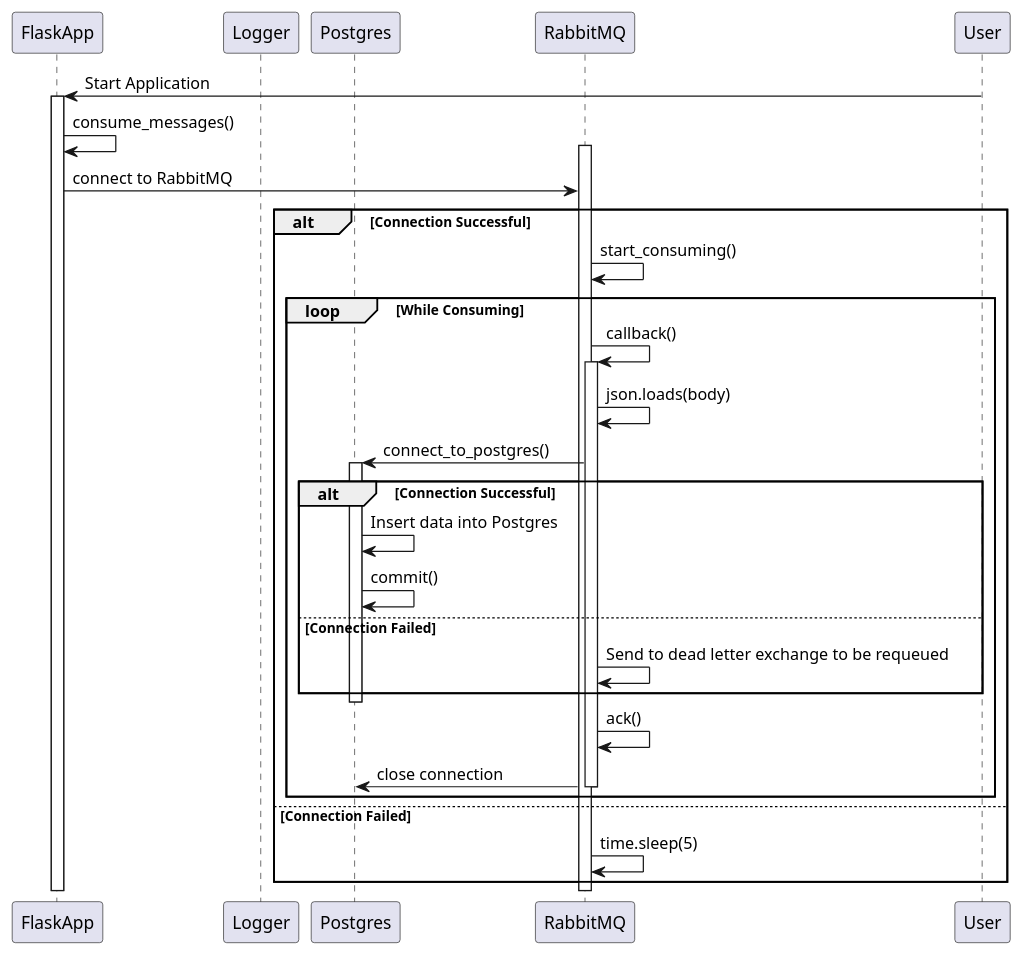
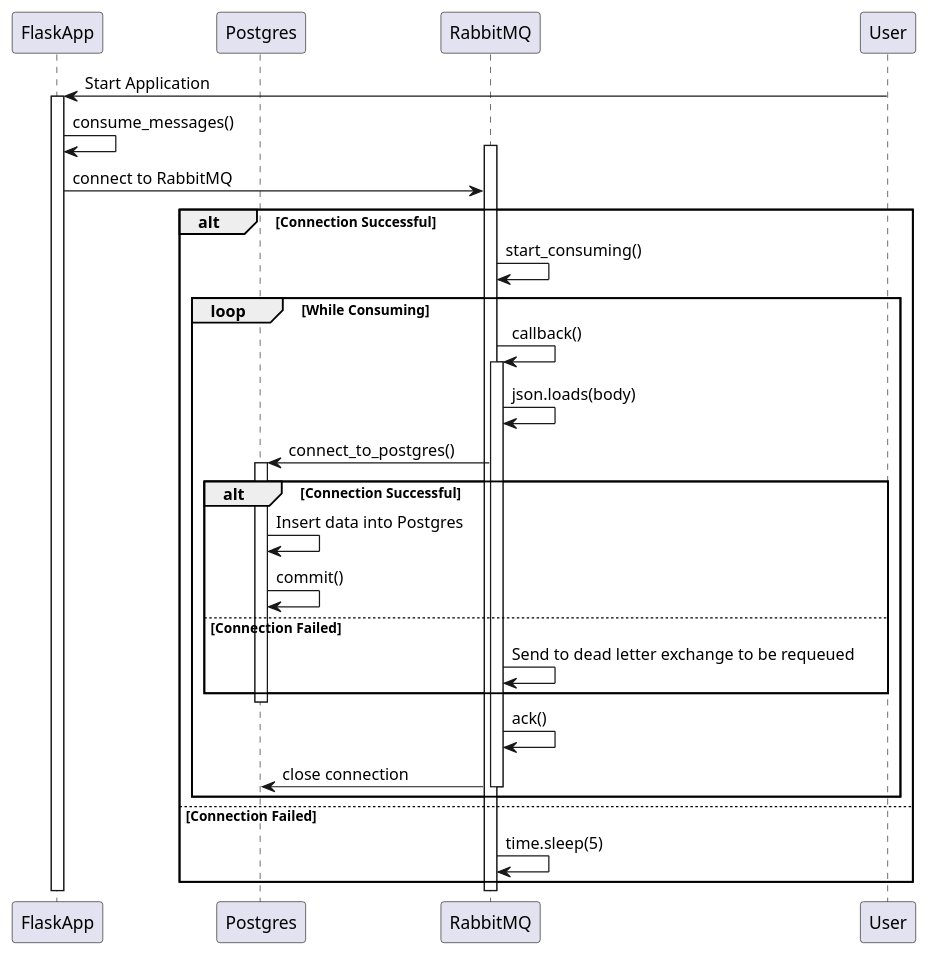
One commit to wbor-fm/wbor-postgres changed the diagram in diagrams/sequence.puml. Above: the diagram before and after it, drawn with PlantUML. The commit also changed 1 other file, not shown here.

Commit message:
Add SenderName to message processing and update sequence diagram

```diff
--- a/diagrams/sequence.puml
+++ b/diagrams/sequence.puml
@@ -1,37 +1,36 @@
 @startuml Sequence Diagram
 participant FlaskApp
-participant Logger
 participant Postgres
 participant RabbitMQ
 
 User -> FlaskApp: Start Application
 activate FlaskApp
 FlaskApp -> FlaskApp: consume_messages()
 activate RabbitMQ
 
 FlaskApp -> RabbitMQ: connect to RabbitMQ
 alt Connection Successful
     RabbitMQ -> RabbitMQ: start_consuming()
     loop While Consuming
         RabbitMQ -> RabbitMQ: callback()
         activate RabbitMQ
         RabbitMQ -> RabbitMQ: json.loads(body)
         RabbitMQ -> Postgres: connect_to_postgres()
         activate Postgres
         alt Connection Successful
             Postgres -> Postgres: Insert data into Postgres
             Postgres -> Postgres: commit()
         else Connection Failed
             RabbitMQ -> RabbitMQ: Send to dead letter exchange to be requeued
         end
         deactivate Postgres
         RabbitMQ -> RabbitMQ: ack()
         RabbitMQ -> Postgres: close connection
         deactivate RabbitMQ
     end
 else Connection Failed
     RabbitMQ -> RabbitMQ: time.sleep(5)
 end
 deactivate RabbitMQ
 deactivate FlaskApp
 @enduml
```
